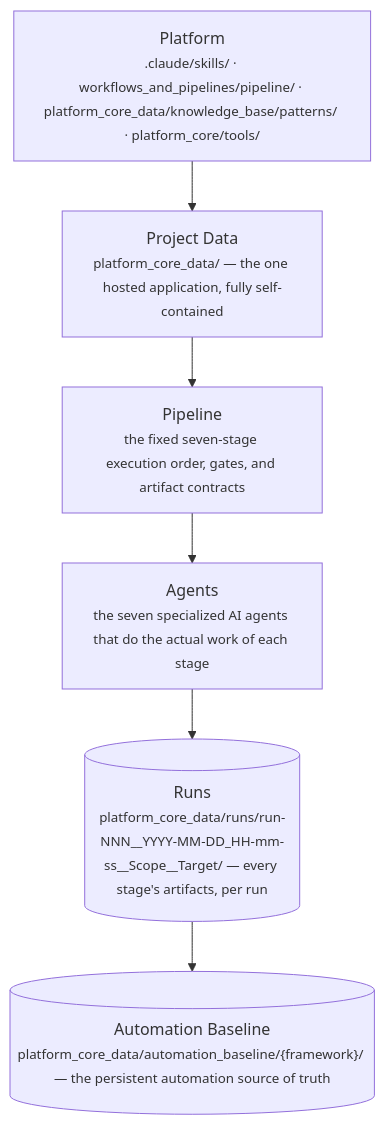
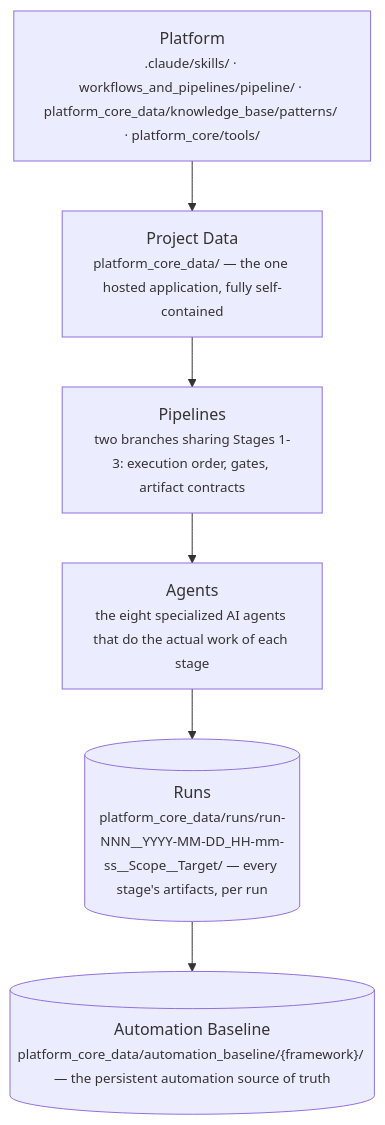
The second of 10 diagrams in README.md (HusseinAtaHussein1/AISeatMap), drawn with Mermaid before and after one commit. The commit also changed other lines of this file and 61 other files, not shown here.

````diff
--- a/README.md
+++ b/README.md
@@ -236,11 +239,11 @@
 ```mermaid
 flowchart TD
     PLAT["Platform<br/><small>.claude/skills/ · workflows_and_pipelines/pipeline/ · platform_core_data/knowledge_base/patterns/ · platform_core/tools/</small>"]
     PROJ["Project Data<br/><small>platform_core_data/ — the one hosted application, fully self-contained</small>"]
-    PIPE["Pipeline<br/><small>the fixed seven-stage execution order, gates, and artifact contracts</small>"]
-    AGENTS["Agents<br/><small>the seven specialized AI agents that do the actual work of each stage</small>"]
+    PIPE["Pipelines<br/><small>two branches sharing Stages 1-3: execution order, gates, artifact contracts</small>"]
+    AGENTS["Agents<br/><small>the eight specialized AI agents that do the actual work of each stage</small>"]
     RUNS[("Runs<br/><small>platform_core_data/runs/run-NNN__YYYY-MM-DD_HH-mm-ss__Scope__Target/ — every stage's artifacts, per run</small>")]
     BASE[("Automation Baseline<br/><small>platform_core_data/automation_baseline/{framework}/ — the persistent automation source of truth</small>")]
 
     PLAT --> PROJ --> PIPE --> AGENTS --> RUNS --> BASE
 ```
````
